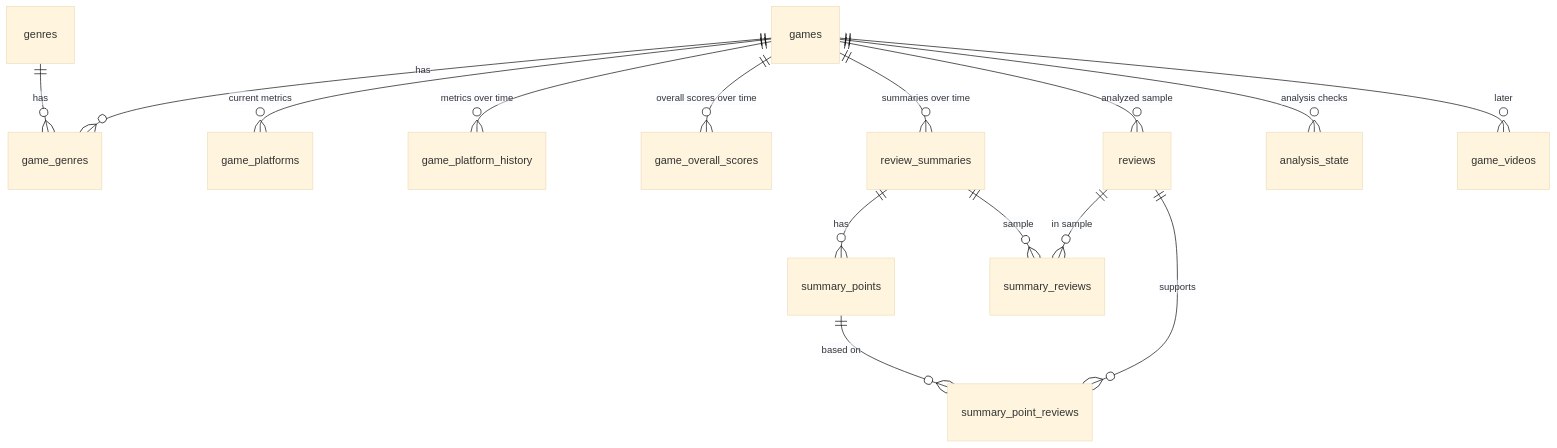
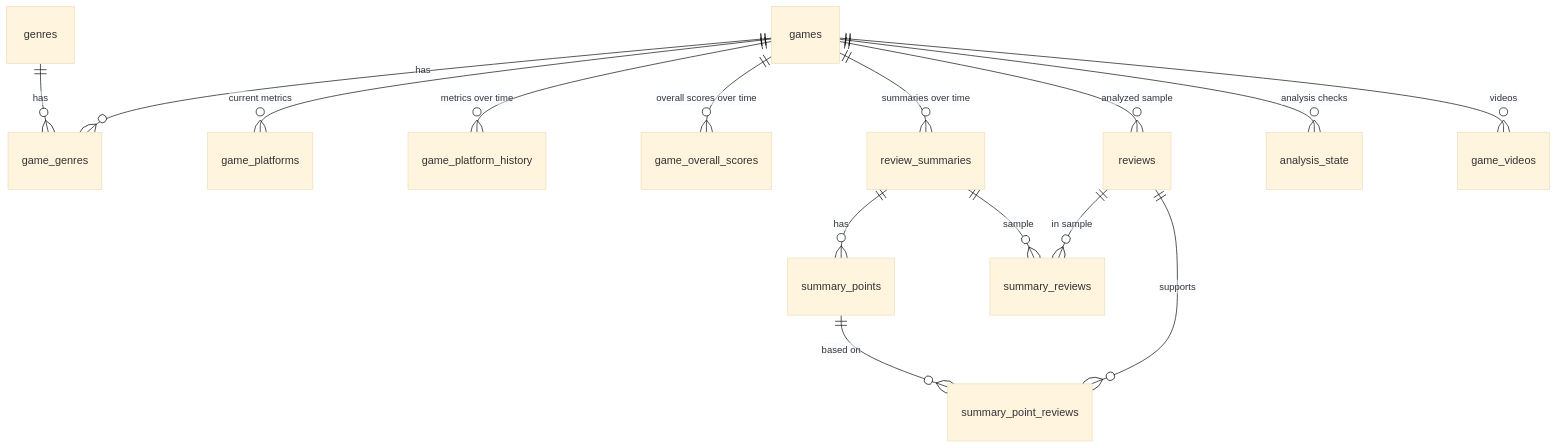
The diagram in docs/DATABASE.md (BuDum-Tss/metacritic_dashboard), drawn with Mermaid (base theme) before and after one commit. The commit also changed other lines of this file and 28 other files, not shown here.

````diff
--- a/docs/DATABASE.md
+++ b/docs/DATABASE.md
@@ -13,17 +13,17 @@
 ```mermaid
 erDiagram
     games ||--o{ game_genres : has
     genres ||--o{ game_genres : has
     games ||--o{ game_platforms : "current metrics"
     games ||--o{ game_platform_history : "metrics over time"
     games ||--o{ game_overall_scores : "overall scores over time"
     games ||--o{ review_summaries : "summaries over time"
     games ||--o{ reviews : "analyzed sample"
     games ||--o{ analysis_state : "analysis checks"
     review_summaries ||--o{ summary_points : has
     review_summaries ||--o{ summary_reviews : "sample"
     reviews ||--o{ summary_reviews : "in sample"
     summary_points ||--o{ summary_point_reviews : "based on"
     reviews ||--o{ summary_point_reviews : "supports"
-    games ||--o{ game_videos : "later"
+    games ||--o{ game_videos : "videos"
 ```
````
